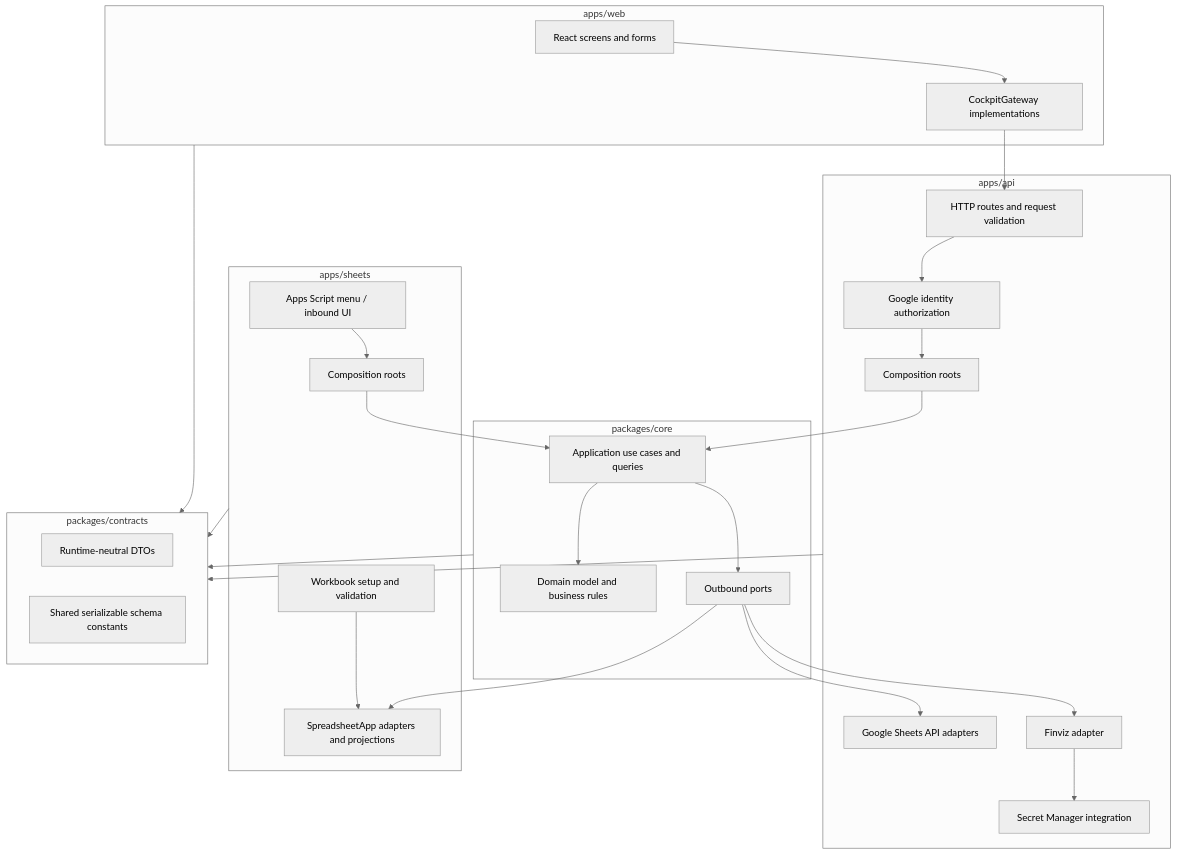
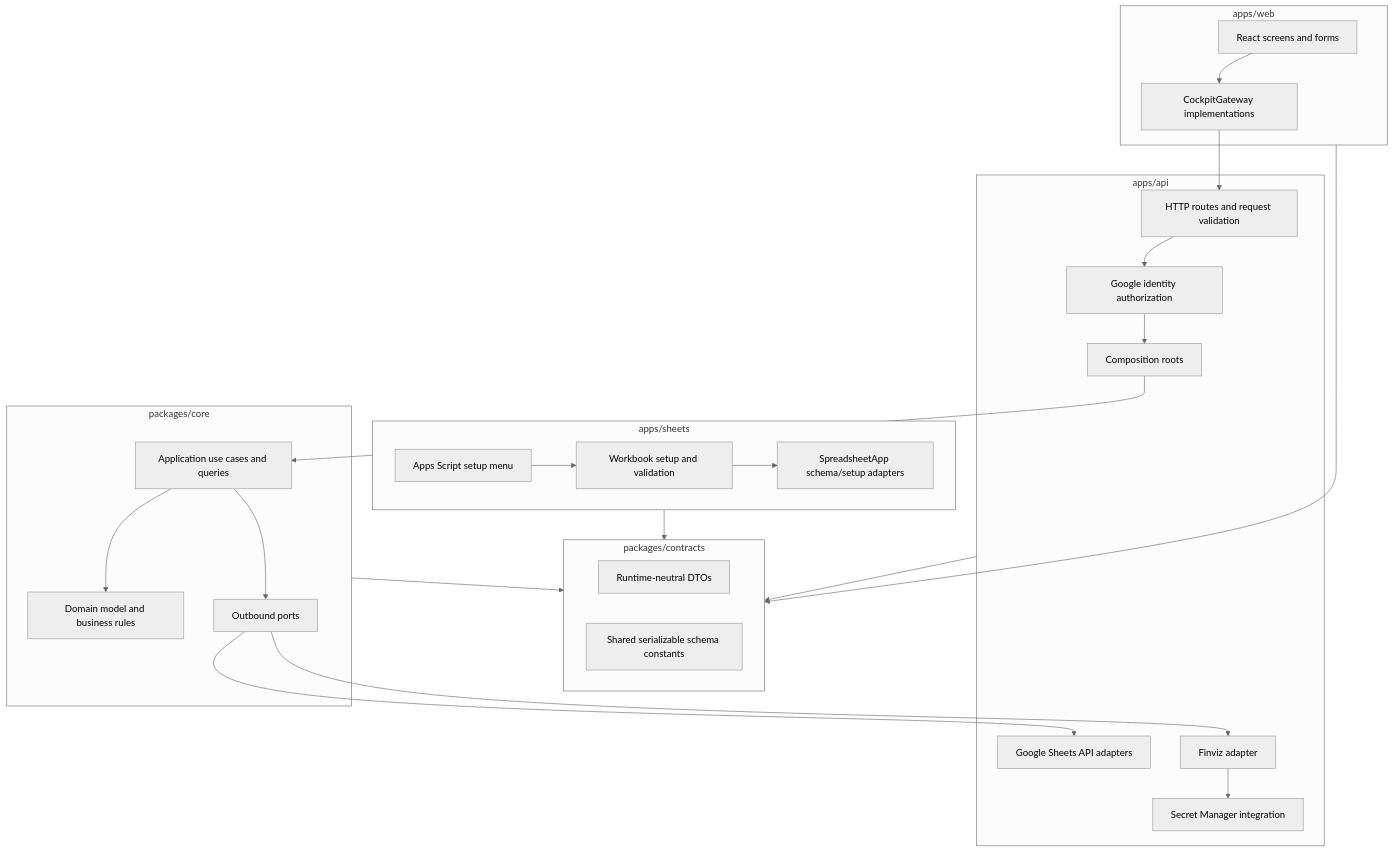
Before and after one commit to wiljeanlouis/trading-cockpit: the third of 3 diagrams in docs/architecture.md, drawn with Mermaid (neutral theme). The commit also changed other lines of this file and 88 other files, not shown here.

````diff
--- a/docs/architecture.md
+++ b/docs/architecture.md
@@ -83,49 +84,47 @@
 ```mermaid
 flowchart TB
     subgraph Web["apps/web"]
         React["React screens and forms"]
         Gateway["CockpitGateway implementations"]
     end
 
     subgraph API["apps/api"]
         Http["HTTP routes and request validation"]
         Auth["Google identity authorization"]
         ApiComposition["Composition roots"]
         SheetsApi["Google Sheets API adapters"]
         FinvizApi["Finviz adapter"]
         Secrets["Secret Manager integration"]
     end
 
     subgraph Sheets["apps/sheets"]
-        Menu["Apps Script menu / inbound UI"]
+        Menu["Apps Script setup menu"]
         Setup["Workbook setup and validation"]
-        SheetComposition["Composition roots"]
-        SheetsAdapters["SpreadsheetApp adapters and projections"]
+        SheetsAdapters["SpreadsheetApp schema/setup adapters"]
     end
 
     subgraph Core["packages/core"]
         UseCases["Application use cases and queries"]
         Domain["Domain model and business rules"]
         Ports["Outbound ports"]
     end
 
     subgraph Contracts["packages/contracts"]
         Dtos["Runtime-neutral DTOs"]
         SharedSchemas["Shared serializable schema constants"]
     end
 
     React --> Gateway --> Http
     Http --> Auth --> ApiComposition --> UseCases
-    Menu --> SheetComposition --> UseCases
+    Menu --> Setup
     Setup --> SheetsAdapters
     UseCases --> Domain
     UseCases --> Ports
     Ports --> SheetsApi
-    Ports --> SheetsAdapters
     Ports --> FinvizApi
     FinvizApi --> Secrets
     Web --> Contracts
     API --> Contracts
     Sheets --> Contracts
     Core --> Contracts
 ```
````
